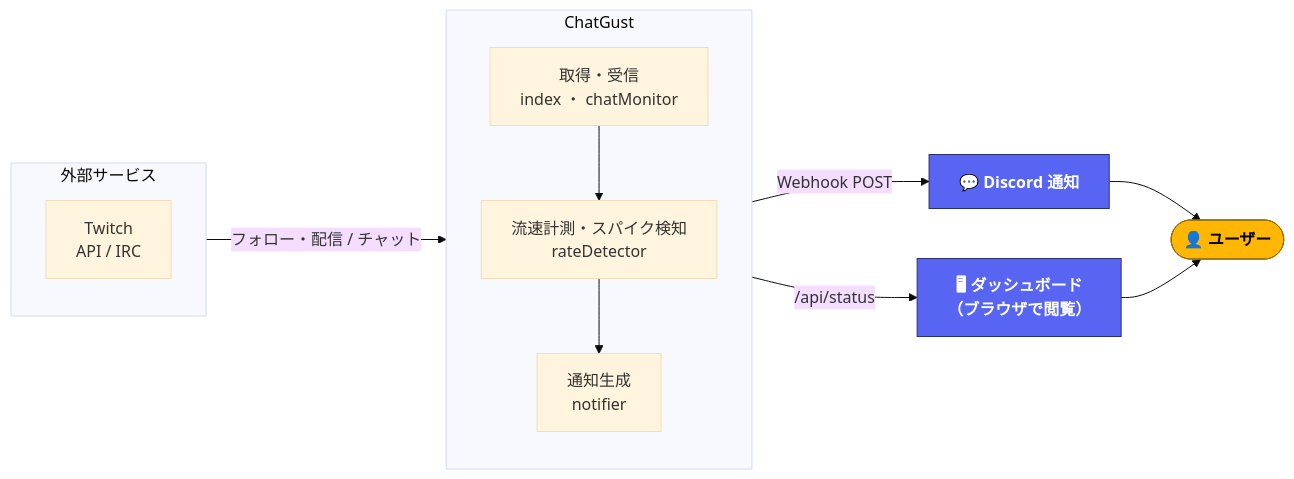
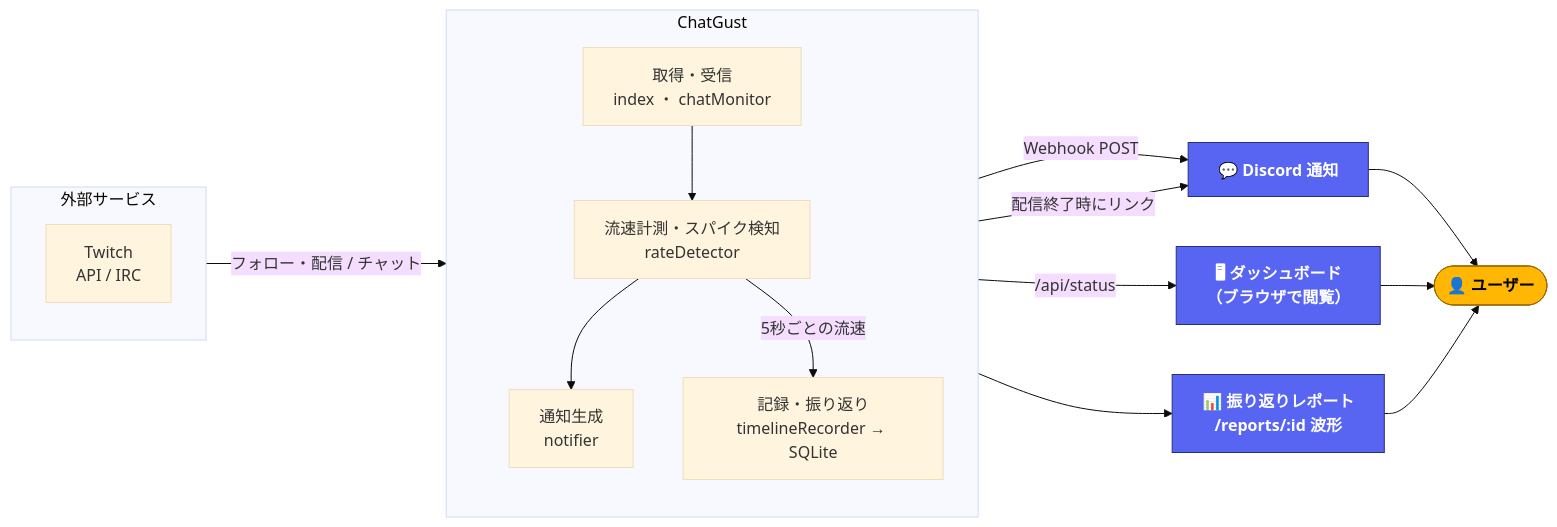
Before and after one commit to endomasayaendo/chatgust: the diagram in README.md, drawn with Mermaid (base theme). The commit also changed other lines of this file and 27 other files, not shown here.

````diff
--- a/README.md
+++ b/README.md
@@ -43,32 +44,38 @@
 ```mermaid
 flowchart LR
   %% --- 外部サービス ---
   subgraph ext["外部サービス"]
     direction TB
     Twitch["Twitch<br/>API / IRC"]
   end
 
   %% --- ChatGust 本体（役割で集約）---
   subgraph app["ChatGust"]
     direction TB
     ingest["取得・受信<br/>index ・ chatMonitor"]
     detect["流速計測・スパイク検知<br/>rateDetector"]
     notify["通知生成<br/>notifier"]
+    record["記録・振り返り<br/>timelineRecorder → SQLite"]
     ingest --> detect --> notify
+    detect -->|5秒ごとの流速| record
   end
 
   %% --- ユーザーの受け取り口 ---
   Discord["💬 Discord 通知"]
   Dash["🖥 ダッシュボード<br/>（ブラウザで閲覧）"]
+  Report["📊 振り返りレポート<br/>/reports/:id 波形"]
 
   Twitch -->|フォロー・配信 / チャット| ingest
   notify -->|Webhook POST| Discord
+  record -->|配信終了時にリンク| Discord
+  record --> Report
   ingest -->|/api/status| Dash
   Discord --> User(["👤 ユーザー"])
   Dash --> User
+  Report --> User
 
   classDef iface fill:#5865F2,stroke:#2b2f77,color:#fff,font-weight:bold;
-  class Discord,Dash iface;
+  class Discord,Dash,Report iface;
   classDef person fill:#ffb703,stroke:#9a6b00,color:#000,font-weight:bold;
   class User person;
 ```
````
